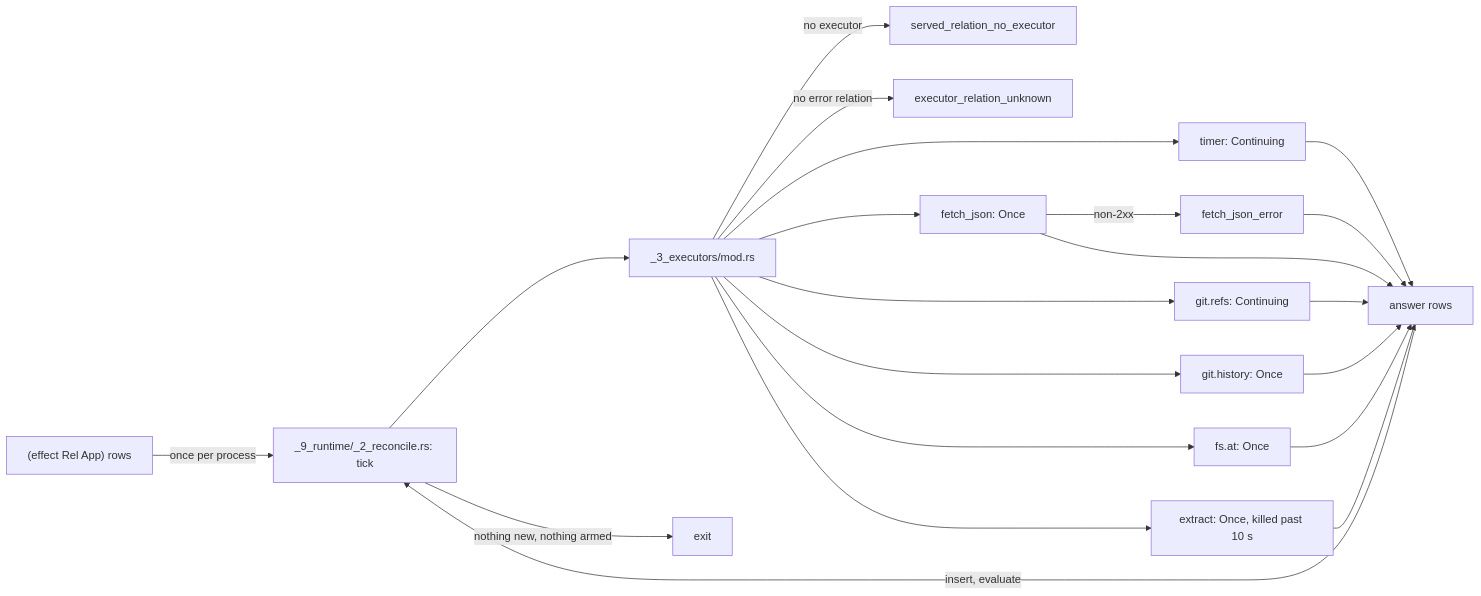
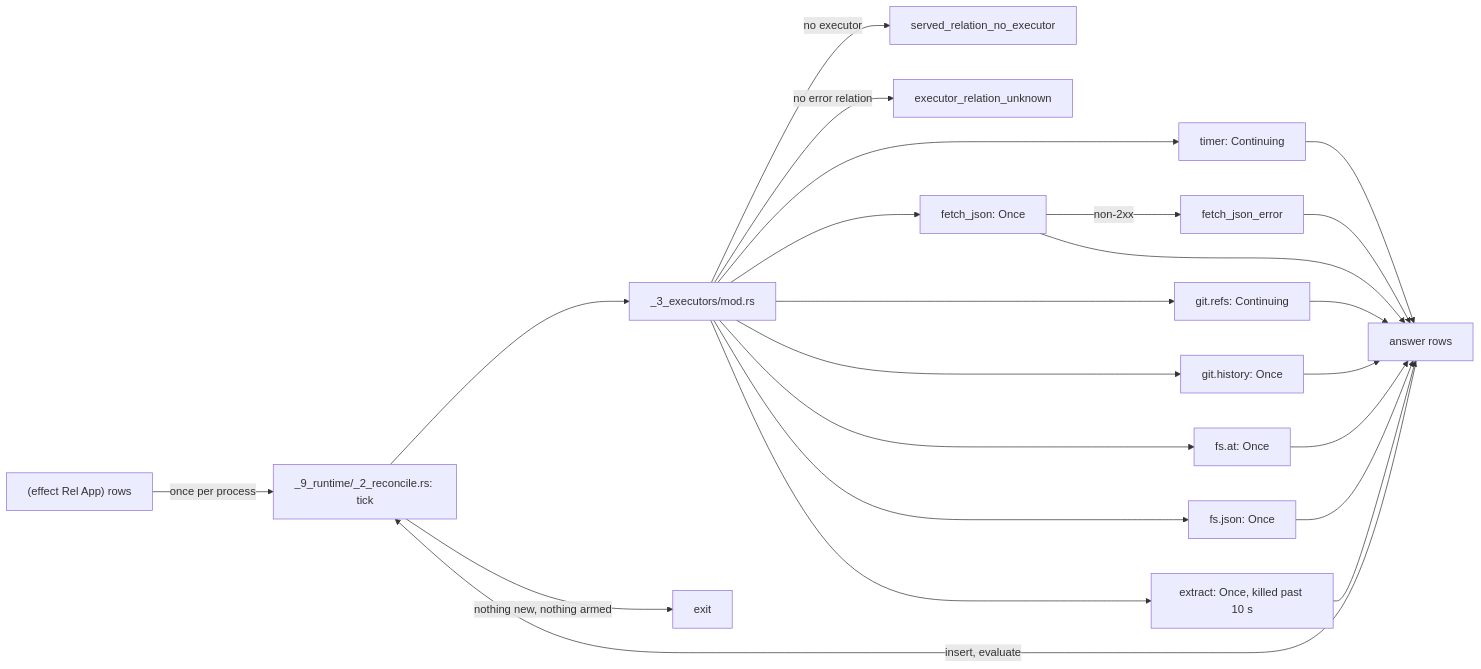
One commit to hafley66/sprefa changed the diagram in book/src/11_executors.md. Above: the diagram before and after it, drawn with Mermaid. The commit also changed other lines of this file, not shown here.

First line of the commit message:
docs(book): the fs.json row and its worked document

````diff
--- a/book/src/11_executors.md
+++ b/book/src/11_executors.md
@@ -5,17 +5,18 @@
 ```mermaid
 flowchart LR
   effect["(effect Rel App) rows"] -->|once per process| reconcile[_9_runtime/_2_reconcile.rs: tick]
   reconcile --> roster[_3_executors/mod.rs]
   roster -->|no executor| noexec[served_relation_no_executor]
   roster -->|no error relation| noerror[executor_relation_unknown]
   roster --> timer[timer: Continuing]
   roster --> fetch[fetch_json: Once]
   roster --> refs[git.refs: Continuing]
   roster --> history[git.history: Once]
   roster --> fsat[fs.at: Once]
+  roster --> fsjson[fs.json: Once]
   roster --> extract[extract: Once, killed past 10 s]
   fetch -->|non-2xx| fetcherror[fetch_json_error]
-  timer & fetch & refs & history & fsat & extract & fetcherror --> answers[answer rows]
+  timer & fetch & refs & history & fsat & fsjson & extract & fetcherror --> answers[answer rows]
   answers -->|insert, evaluate| reconcile
   reconcile -->|nothing new, nothing armed| stop[exit]
 ```
````
